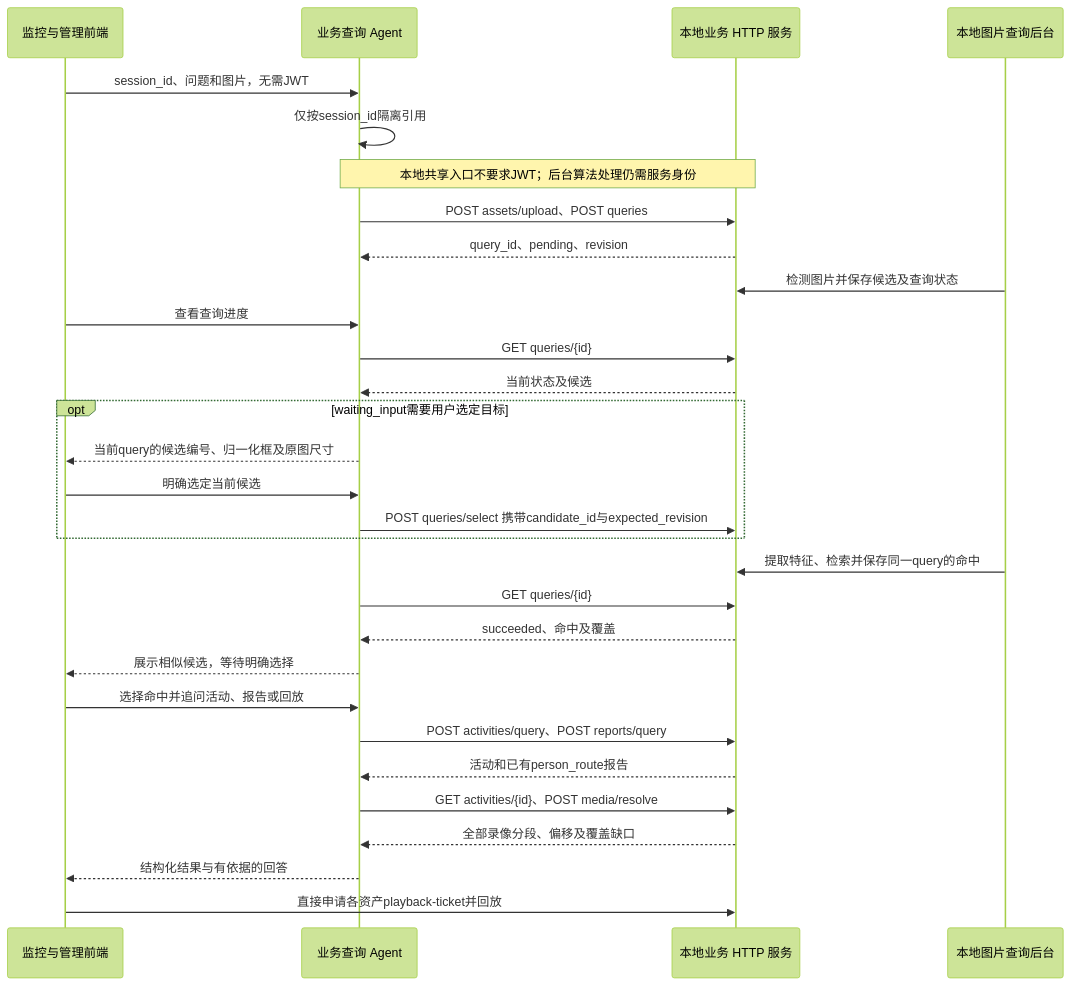
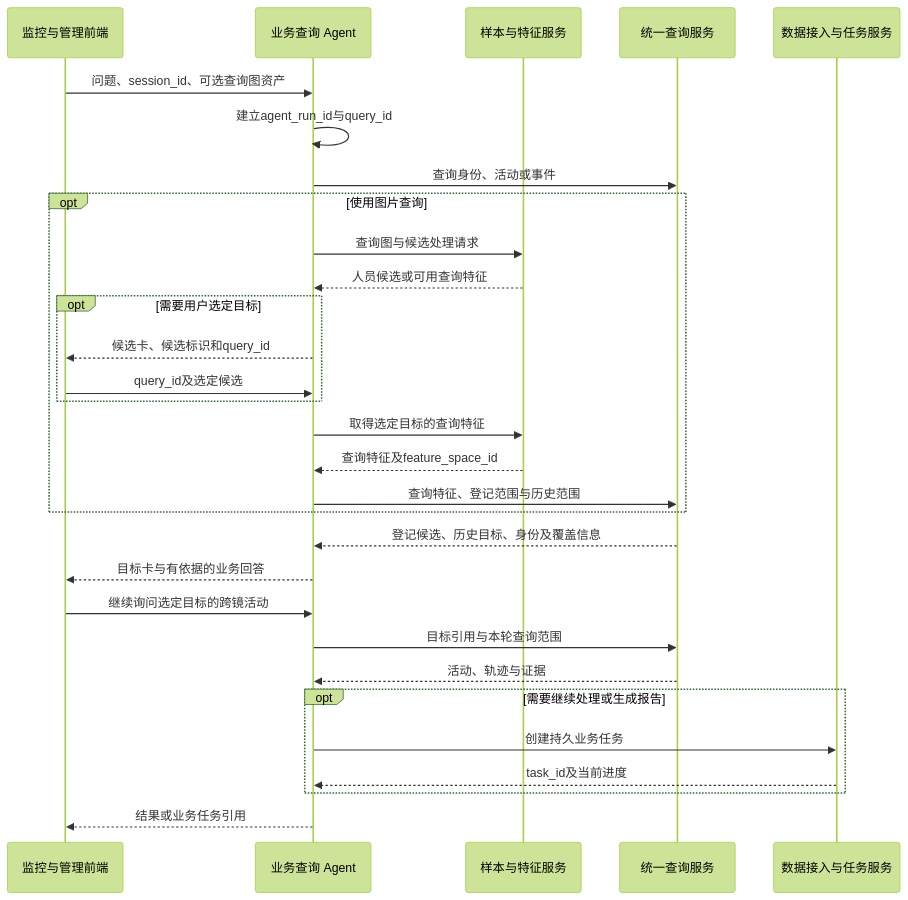
The fifth of 7 diagrams in docs/系统架构说明书.md (YwAcle/hxjm-monitor), drawn with Mermaid (forest theme) before and after one commit. The commit also changed other lines of this file and 1156 other files, not shown here.

````diff
--- a/docs/系统架构说明书.md
+++ b/docs/系统架构说明书.md
@@ -367,32 +322,32 @@
 ```mermaid
 sequenceDiagram
   participant U as 监控与管理前端
   participant A as 业务查询 Agent
-  participant Q as 本地业务 HTTP 服务
-  participant W as 本地图片查询后台
-  U->>A: session_id、问题和图片，无需JWT
-  A->>A: 仅按session_id隔离引用
-  Note over A,Q: 本地共享入口不要求JWT；后台算法处理仍需服务身份
-  A->>Q: POST assets/upload、POST queries
-  Q-->>A: query_id、pending、revision
-  W->>Q: 检测图片并保存候选及查询状态
-  U->>A: 查看查询进度
-  A->>Q: GET queries/{id}
-  Q-->>A: 当前状态及候选
-  opt waiting_input需要用户选定目标
-    A-->>U: 当前query的候选编号、归一化框及原图尺寸
-    U->>A: 明确选定当前候选
-    A->>Q: POST queries/select 携带candidate_id与expected_revision
+  participant F as 样本与特征服务
+  participant Q as 统一查询服务
+  participant T as 数据接入与任务服务
+  U->>A: 问题、session_id、可选查询图资产
+  A->>A: 建立agent_run_id与query_id
+  A->>Q: 查询身份、活动或事件
+  opt 使用图片查询
+    A->>F: 查询图与候选处理请求
+    F-->>A: 人员候选或可用查询特征
+    opt 需要用户选定目标
+      A-->>U: 候选卡、候选标识和query_id
+      U->>A: query_id及选定候选
+    end
+    A->>F: 取得选定目标的查询特征
+    F-->>A: 查询特征及feature_space_id
+    A->>Q: 查询特征、登记范围与历史范围
   end
-  W->>Q: 提取特征、检索并保存同一query的命中
-  A->>Q: GET queries/{id}
-  Q-->>A: succeeded、命中及覆盖
-  A-->>U: 展示相似候选，等待明确选择
-  U->>A: 选择命中并追问活动、报告或回放
-  A->>Q: POST activities/query、POST reports/query
-  Q-->>A: 活动和已有person_route报告
-  A->>Q: GET activities/{id}、POST media/resolve
-  Q-->>A: 全部录像分段、偏移及覆盖缺口
-  A-->>U: 结构化结果与有依据的回答
-  U->>Q: 直接申请各资产playback-ticket并回放
+  Q-->>A: 登记候选、历史目标、身份及覆盖信息
+  A-->>U: 目标卡与有依据的业务回答
+  U->>A: 继续询问选定目标的跨镜活动
+  A->>Q: 目标引用与本轮查询范围
+  Q-->>A: 活动、轨迹与证据
+  opt 需要继续处理或生成报告
+    A->>T: 创建持久业务任务
+    T-->>A: task_id及当前进度
+  end
+  A-->>U: 结果或业务任务引用
 ```
````
